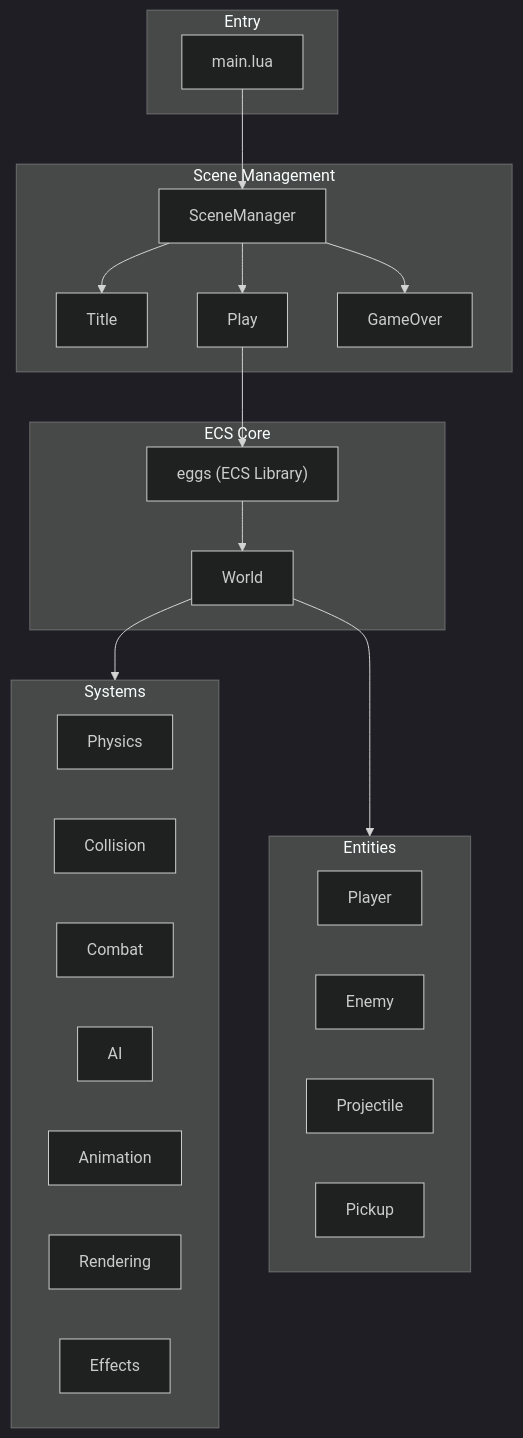
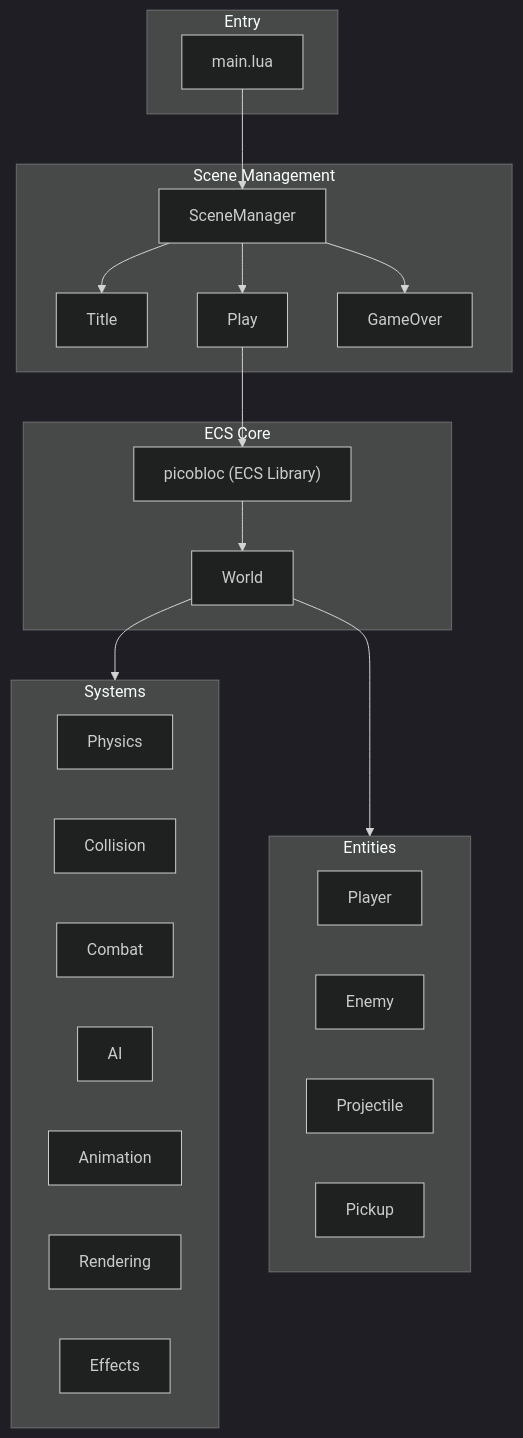
Before and after one commit to adamico/legendary-octo-guacamole: the diagram in docs/ARCHITECTURE.md, drawn with Mermaid (dark theme). The commit also changed other lines of this file and 23 other files, not shown here.

Commit message:
feat: Migrate from eggs.p8 ECS to picobloc ECS

````diff
--- a/docs/ARCHITECTURE.md
+++ b/docs/ARCHITECTURE.md
@@ -10,40 +10,40 @@
 ```mermaid
 graph TB
     subgraph Entry
         main.lua
     end
     
     subgraph Scene Management
         SceneManager --> Title
         SceneManager --> Play
         SceneManager --> GameOver
     end
     
     subgraph ECS Core
-        eggs["eggs (ECS Library)"]
+        picobloc["picobloc (ECS Library)"]
         World
     end
     
     subgraph Systems
         Physics
         Collision
         Combat
         AI
         Animation
         Rendering
         Effects
     end
     
     subgraph Entities
         Player
         Enemy
         Projectile
         Pickup
     end
     
     main.lua --> SceneManager
-    Play --> eggs
-    eggs --> World
+    Play --> picobloc
+    picobloc --> World
     World --> Systems
     World --> Entities
 ```
````
